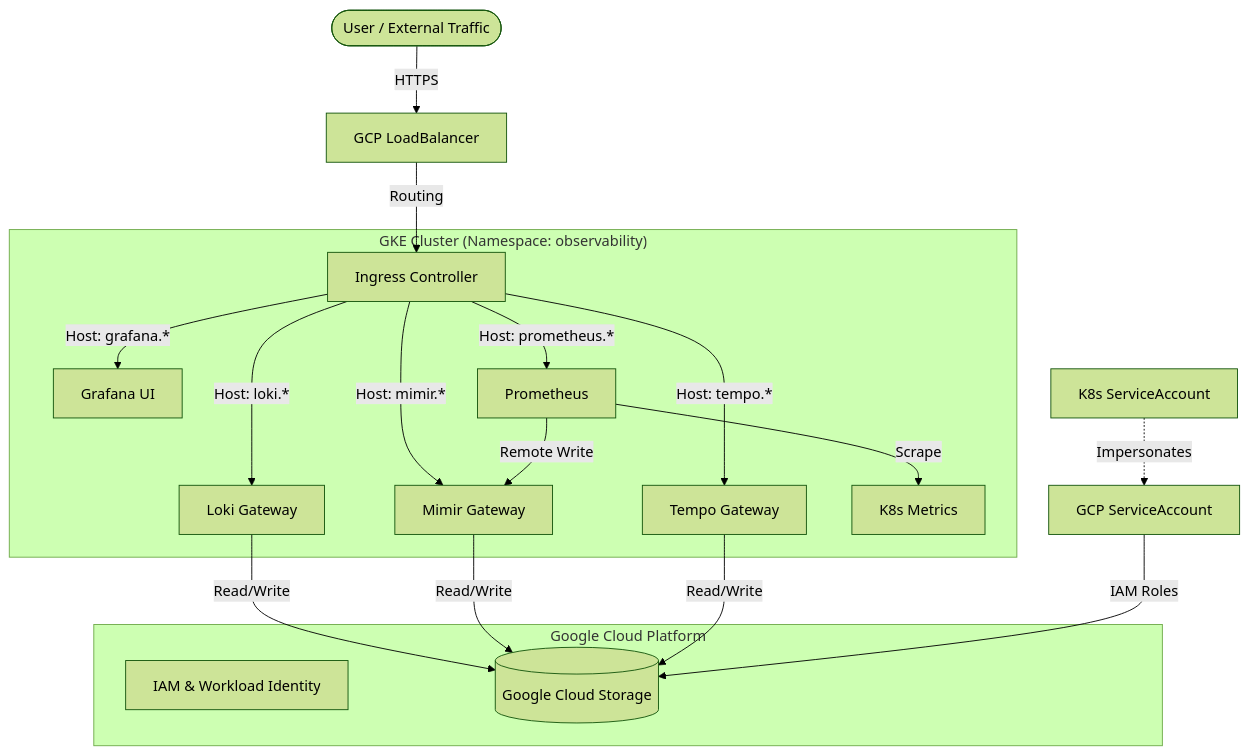
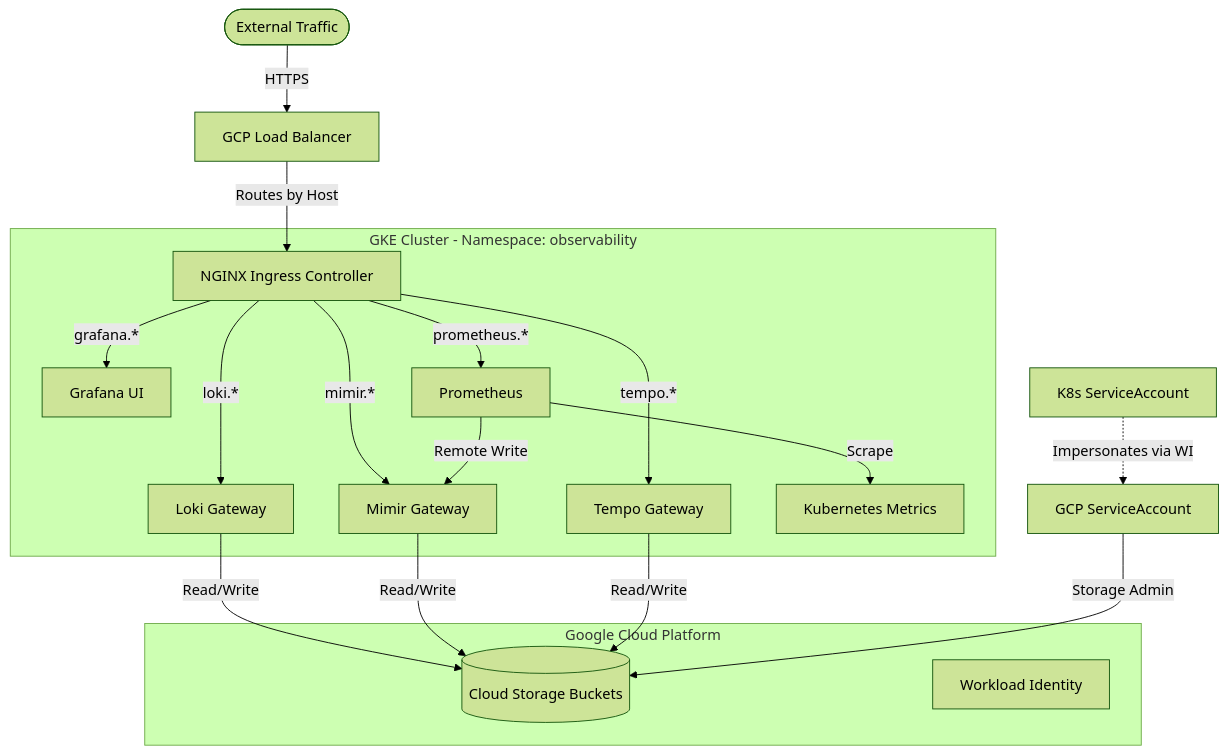
Before and after one commit to JOELNATHAN544/observability: the diagram in docs/kubernetes-observability.md, drawn with Mermaid (forest theme). The commit also changed other lines of this file and 19 other files, not shown here.

````diff
--- a/docs/kubernetes-observability.md
+++ b/docs/kubernetes-observability.md
@@ -26,28 +21,28 @@
 ```mermaid
 graph TD
-    User([User / External Traffic]) -->|HTTPS| LB[GCP LoadBalancer]
-    LB -->|Routing| Ingress[Ingress Controller]
+    User([External Traffic]) -->|HTTPS| LB[GCP Load Balancer]
+    LB -->|Routes by Host| Ingress[NGINX Ingress Controller]
     
-    subgraph "GKE Cluster (Namespace: observability)"
-        Ingress -->|Host: grafana.*| Grafana[Grafana UI]
-        Ingress -->|Host: loki.*| Loki[Loki Gateway]
-        Ingress -->|Host: mimir.*| Mimir[Mimir Gateway]
-        Ingress -->|Host: tempo.*| Tempo[Tempo Gateway]
-        Ingress -->|Host: prometheus.*| Prom[Prometheus]
+    subgraph "GKE Cluster - Namespace: observability"
+        Ingress -->|grafana.*| Grafana[Grafana UI]
+        Ingress -->|loki.*| Loki[Loki Gateway]
+        Ingress -->|mimir.*| Mimir[Mimir Gateway]
+        Ingress -->|tempo.*| Tempo[Tempo Gateway]
+        Ingress -->|prometheus.*| Prom[Prometheus]
         
         Prom -->|Remote Write| Mimir
-        Prom -->|Scrape| K8s[K8s Metrics]
+        Prom -->|Scrape| K8s[Kubernetes Metrics]
     end
     
     subgraph "Google Cloud Platform"
-        IAM[IAM & Workload Identity]
-        GCS[(Google Cloud Storage)]
+        GCS[(Cloud Storage Buckets)]
+        IAM[Workload Identity]
     end
     
     Loki -->|Read/Write| GCS
     Mimir -->|Read/Write| GCS
     Tempo -->|Read/Write| GCS
     
-    K8sSA[K8s ServiceAccount] -.->|Impersonates| GCPSA[GCP ServiceAccount]
-    GCPSA -->|IAM Roles| GCS
+    K8sSA[K8s ServiceAccount] -.->|Impersonates via WI| GCPSA[GCP ServiceAccount]
+    GCPSA -->|Storage Admin| GCS
 ```
````
